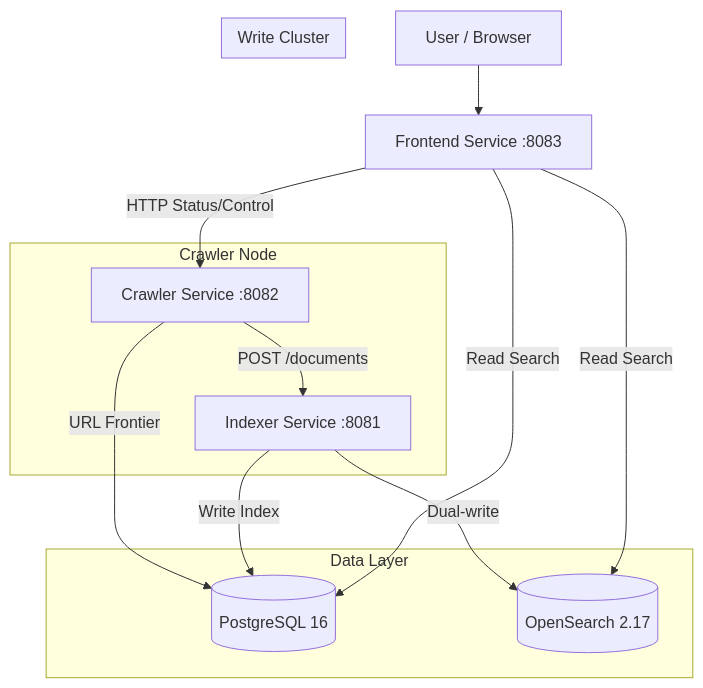
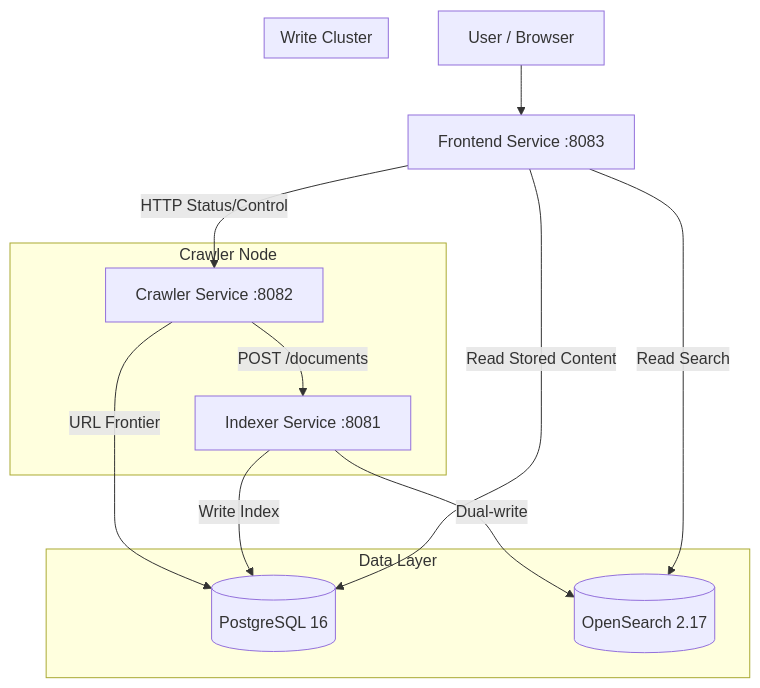
One commit to tomato414941/web-search changed the diagram in docs/architecture.md. Above: the diagram before and after it, drawn with Mermaid. The commit also changed other lines of this file and 32 other files, not shown here.

````diff
--- a/docs/architecture.md
+++ b/docs/architecture.md
@@ -39,25 +39,25 @@
 ```mermaid
 graph TD
     Client[User / Browser] --> Frontend[Frontend Service :8083]
 
     subgraph Data Layer
         DB[(PostgreSQL 16)]
         OS[(OpenSearch 2.17)]
     end
 
     subgraph Crawler Node
         Crawler[Crawler Service :8082]
         Crawler -- POST /documents --> Indexer
     end
 
     subgraph Write Cluster
         Indexer[Indexer Service :8081]
     end
 
-    Frontend -- Read Search --> DB
+    Frontend -- Read Stored Content --> DB
     Frontend -- Read Search --> OS
     Indexer -- Write Index --> DB
     Indexer -- Dual-write --> OS
     Crawler -- URL Frontier --> DB
     Frontend -- HTTP Status/Control --> Crawler
 ```
````
